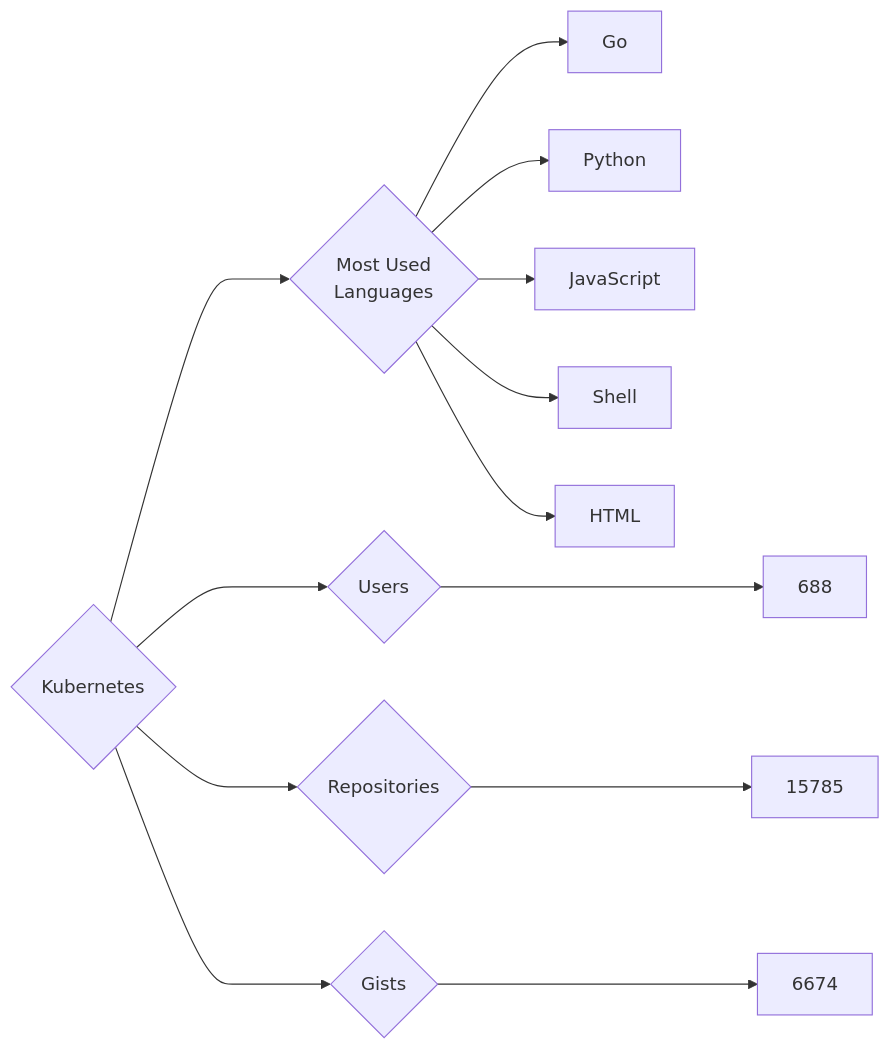
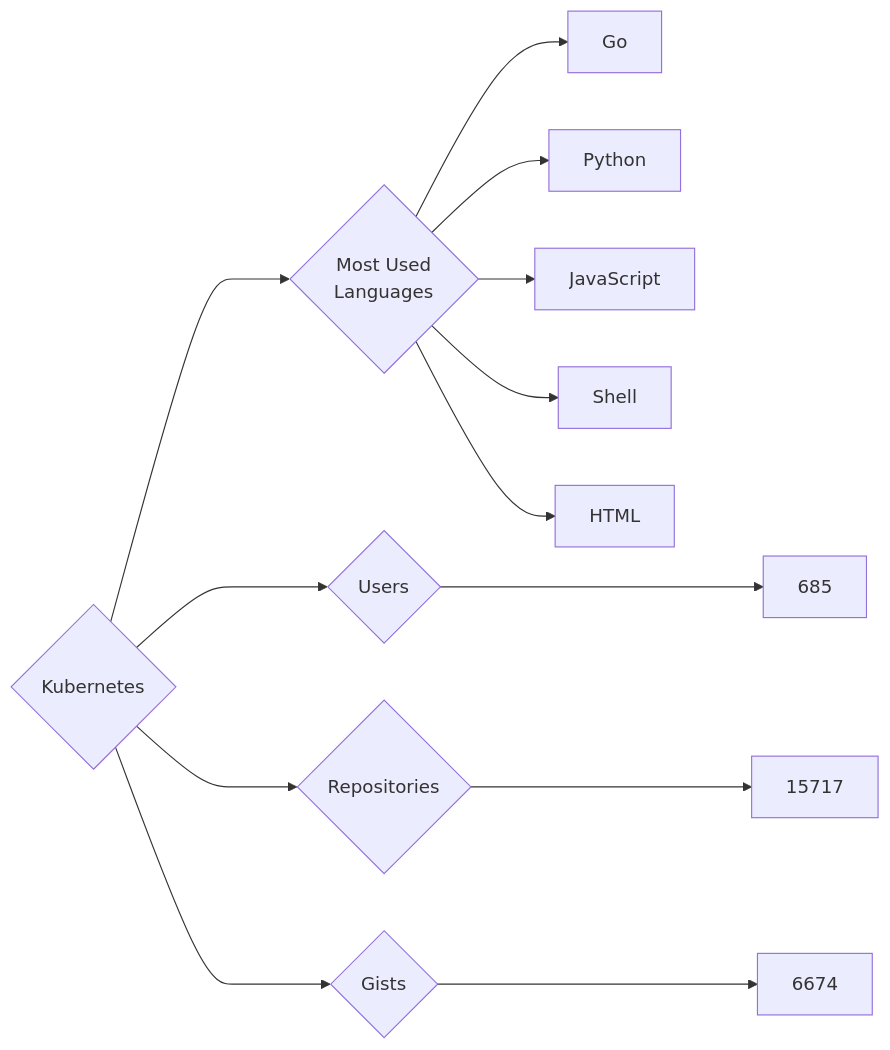
Before and after one commit to trickest/insiders: the diagram in targets/Kubernetes/README.md, drawn with Mermaid. The commit also changed 688 other files, not shown here.

````diff
--- a/targets/Kubernetes/README.md
+++ b/targets/Kubernetes/README.md
@@ -3,13 +3,13 @@
 ```mermaid
 graph LR
 COMPANY_NAME{Kubernetes}
-COMPANY_NAME ---> U{Users} ---> UN[688]
-COMPANY_NAME ---> R{Repositories} ---> RN[15785]
+COMPANY_NAME ---> U{Users} ---> UN[685]
+COMPANY_NAME ---> R{Repositories} ---> RN[15717]
 COMPANY_NAME ---> G{Gists} ---> GN[6674]
 COMPANY_NAME ---> ML{Most Used<br>Languages}
 ML --> Go[Go]
 ML --> Python[Python]
 ML --> JavaScript[JavaScript]
 ML --> Shell[Shell]
 ML --> HTML[HTML]
 ```
````
